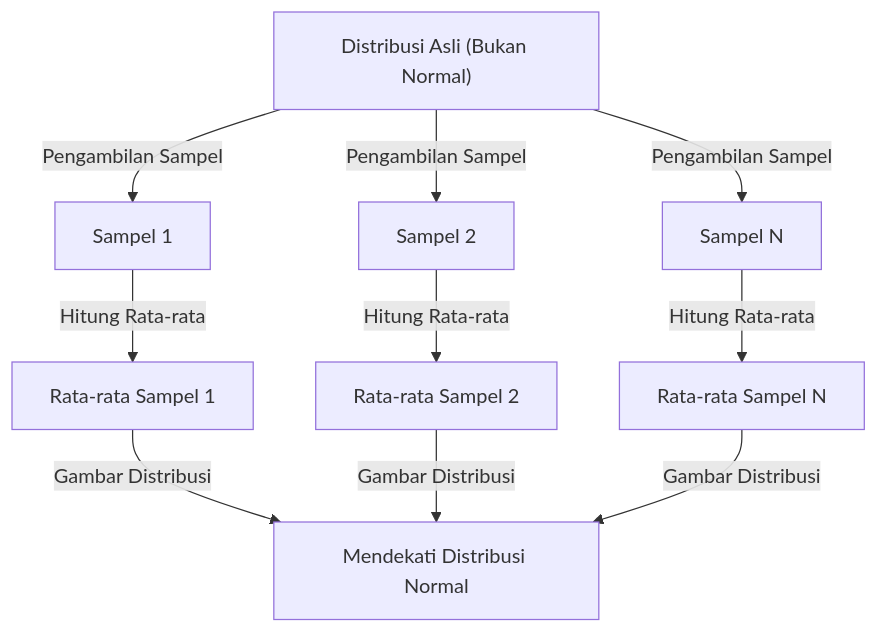
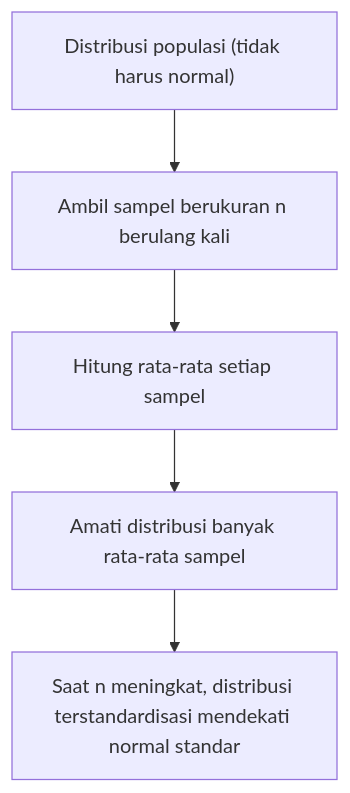
One commit to kenjinote/blog changed the diagram in content/post/central-limit-theorem/index.id.md. Above: the diagram before and after it, drawn with Mermaid. The commit also changed other lines of this file and 15 other files, not shown here.

````diff
--- a/content/post/central-limit-theorem/index.id.md
+++ b/content/post/central-limit-theorem/index.id.md
@@ -44,12 +44,7 @@
 ```mermaid
 graph TD
-    A["Distribusi Asli (Bukan Normal)"] -->|"Pengambilan Sampel"| B["Sampel 1"]
-    A -->|"Pengambilan Sampel"| C["Sampel 2"]
-    A -->|"Pengambilan Sampel"| D["Sampel N"]
-    B -->|"Hitung Rata-rata"| E["Rata-rata Sampel 1"]
-    C -->|"Hitung Rata-rata"| F["Rata-rata Sampel 2"]
-    D -->|"Hitung Rata-rata"| G["Rata-rata Sampel N"]
-    E -->|"Gambar Distribusi"| H["Mendekati Distribusi Normal"]
-    F -->|"Gambar Distribusi"| H
-    G -->|"Gambar Distribusi"| H
+    A["Distribusi populasi (tidak harus normal)"] --> B["Ambil sampel berukuran n berulang kali"]
+    B --> C["Hitung rata-rata setiap sampel"]
+    C --> D["Amati distribusi banyak rata-rata sampel"]
+    D --> E["Saat n meningkat, distribusi terstandardisasi mendekati normal standar"]
 ```
````
